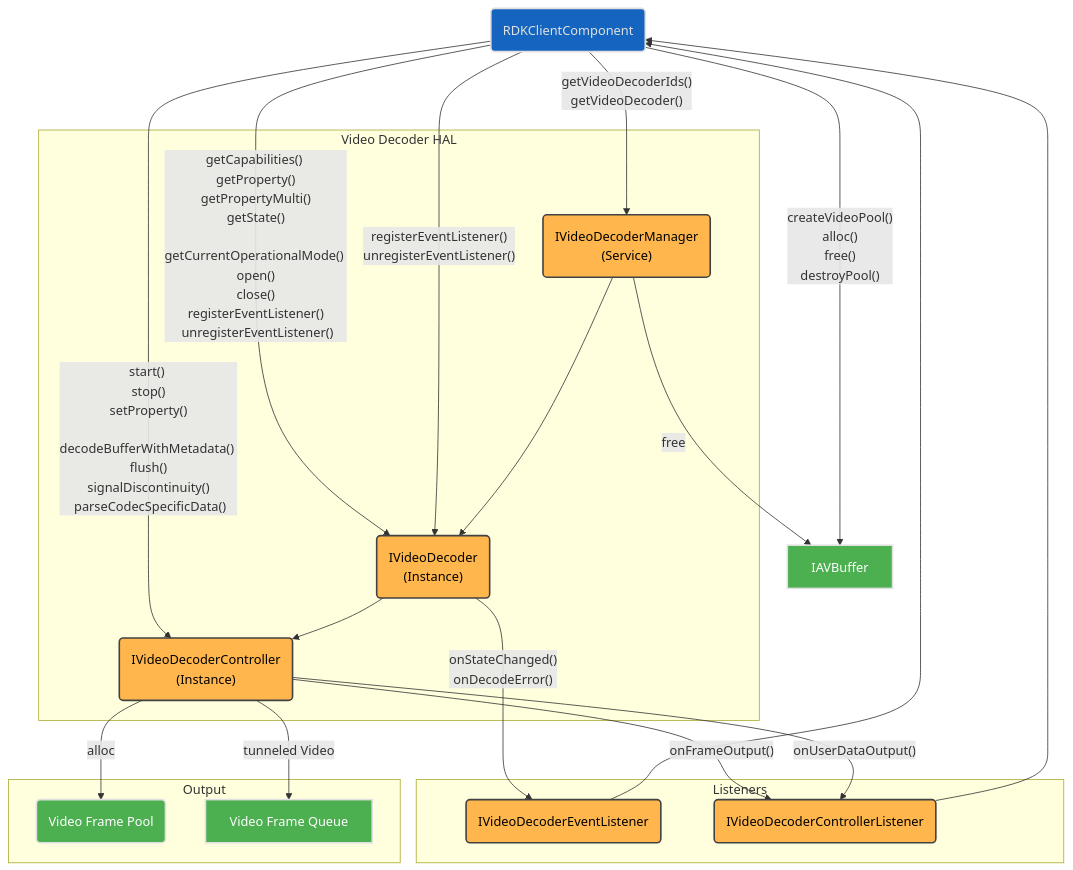
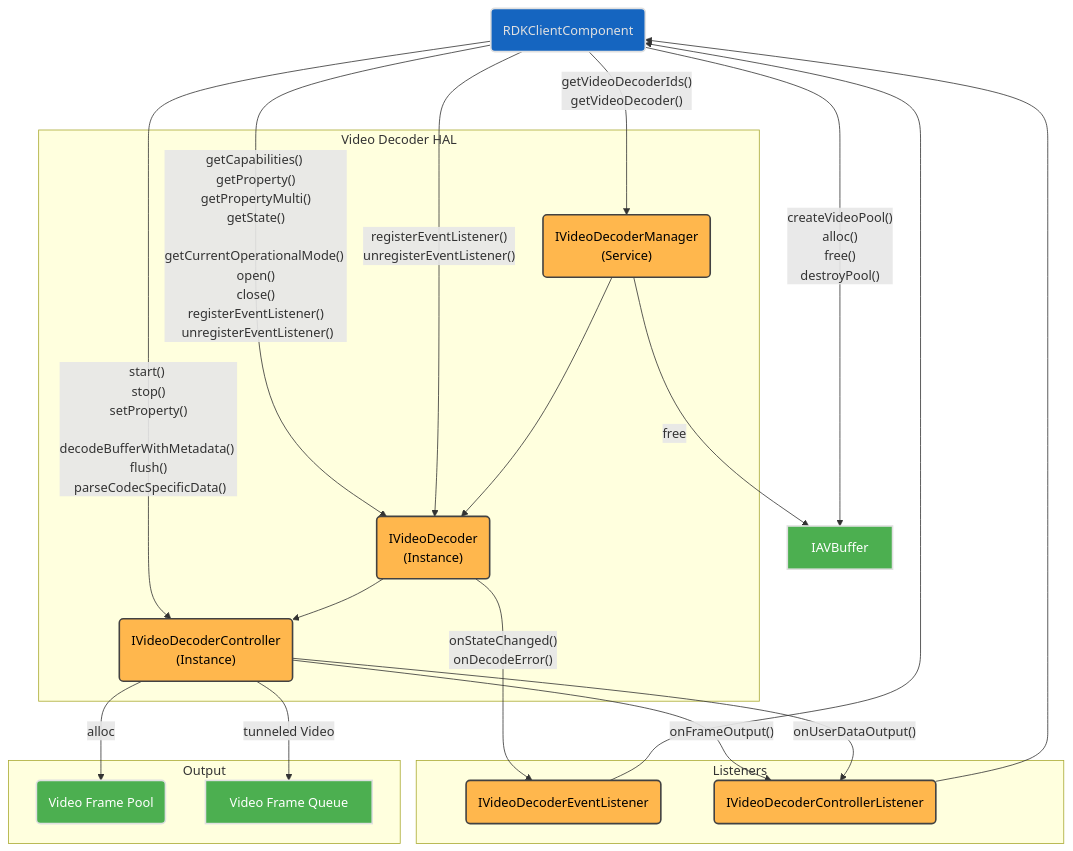
Before and after one commit to rdkcentral/rdk-halif-aidl: the first of 3 diagrams in videodecoder/current/docs/video_decoder.md, drawn with Mermaid. The commit also changed other lines of this file and 7 other files, not shown here.

First line of the commit message:
feat(audiodecoder,videodecoder)!: activate InputBufferMetadata.discontinuity, remove signalDiscontinuity() (#706)

````diff
--- a/videodecoder/current/docs/video_decoder.md
+++ b/videodecoder/current/docs/video_decoder.md
@@ -102,48 +102,48 @@
 ```mermaid
 flowchart TD
     RDKClientComponent("RDKClientComponent")
     subgraph Listeners["Listeners"]
         IVideoDecoderEventListener("IVideoDecoderEventListener")
         IVideoDecoderControllerListener("IVideoDecoderControllerListener")
     end
     subgraph IVideoDecoderHAL["Video Decoder HAL"]
         IVideoDecoderManager("IVideoDecoderManager <br>(Service)")
         IVideoDecoder("IVideoDecoder <br>(Instance)")
         IVideoDecoderController("IVideoDecoderController <br>(Instance)")
     end
     subgraph OutputComponents["Output"]
         VideoFramePool("Video Frame Pool")
         VideoFrameQueue["Video Frame Queue"]
     end
     RDKClientComponent -- createVideoPool() <br> alloc() <br> free() <br> destroyPool() --> IAVBuffer
     RDKClientComponent -- getVideoDecoderIds() <br> getVideoDecoder() --> IVideoDecoderManager
     RDKClientComponent -- getCapabilities() <br> getProperty() <br> getPropertyMulti() <br> getState() <br> getCurrentOperationalMode() <br> open() <br> close() <br> registerEventListener() <br> unregisterEventListener()--> IVideoDecoder
     RDKClientComponent -- registerEventListener() <br> unregisterEventListener() --> IVideoDecoder
-    RDKClientComponent -- start() <br> stop() <br> setProperty() <br> decodeBufferWithMetadata() <br> flush() <br> signalDiscontinuity() <br> parseCodecSpecificData() --> IVideoDecoderController
+    RDKClientComponent -- start() <br> stop() <br> setProperty() <br> decodeBufferWithMetadata() <br> flush() <br> parseCodecSpecificData() --> IVideoDecoderController
     IVideoDecoderManager --> IVideoDecoder --> IVideoDecoderController
     IVideoDecoder -- onStateChanged() <br> onDecodeError() --> IVideoDecoderEventListener
     IVideoDecoderEventListener --> RDKClientComponent
     IVideoDecoderControllerListener --> RDKClientComponent
     IVideoDecoderController -- onFrameOutput() --> IVideoDecoderControllerListener
     IVideoDecoderController -- onUserDataOutput() --> IVideoDecoderControllerListener
     IVideoDecoderController -- alloc --> VideoFramePool
     IVideoDecoderManager -- free --> IAVBuffer
     IVideoDecoderController -- tunneled Video --> VideoFrameQueue
 
     classDef background fill:#121212,stroke:none,color:#E0E0E0;
     classDef blue fill:#1565C0,stroke:#E0E0E0,stroke-width:2px,color:#E0E0E0;
     classDef lightGrey fill:#616161,stroke:#E0E0E0,stroke-width:2px,color:#FFFFFF;
     classDef wheat fill:#FFB74D,stroke:#424242,stroke-width:2px,color:#000000;
     classDef green fill:#4CAF50,stroke:#E0E0E0,stroke-width:2px,color:#FFFFFF;
     classDef default fill:#1E1E1E,stroke:#E0E0E0,stroke-width:1px,color:#E0E0E0;
 
     RDKClientComponent:::blue
     IVideoDecoderManager:::wheat
     IVideoDecoderController:::wheat
     IVideoDecoder:::wheat
     IAVBuffer:::green
     IVideoDecoderControllerListener:::wheat
     IVideoDecoderEventListener:::wheat
     VideoFramePool:::green
     VideoFrameQueue:::green
 ```
````
